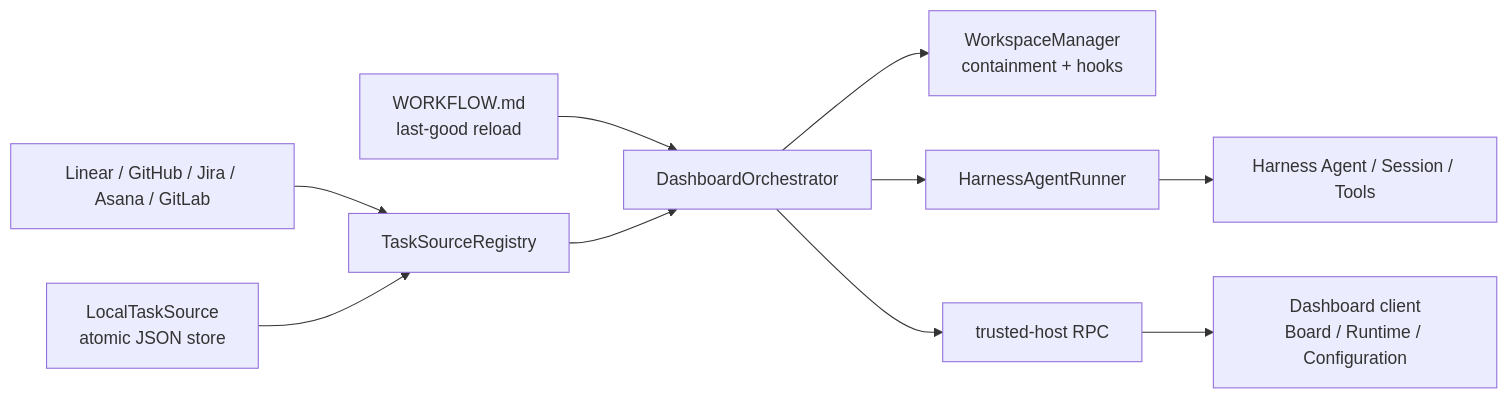
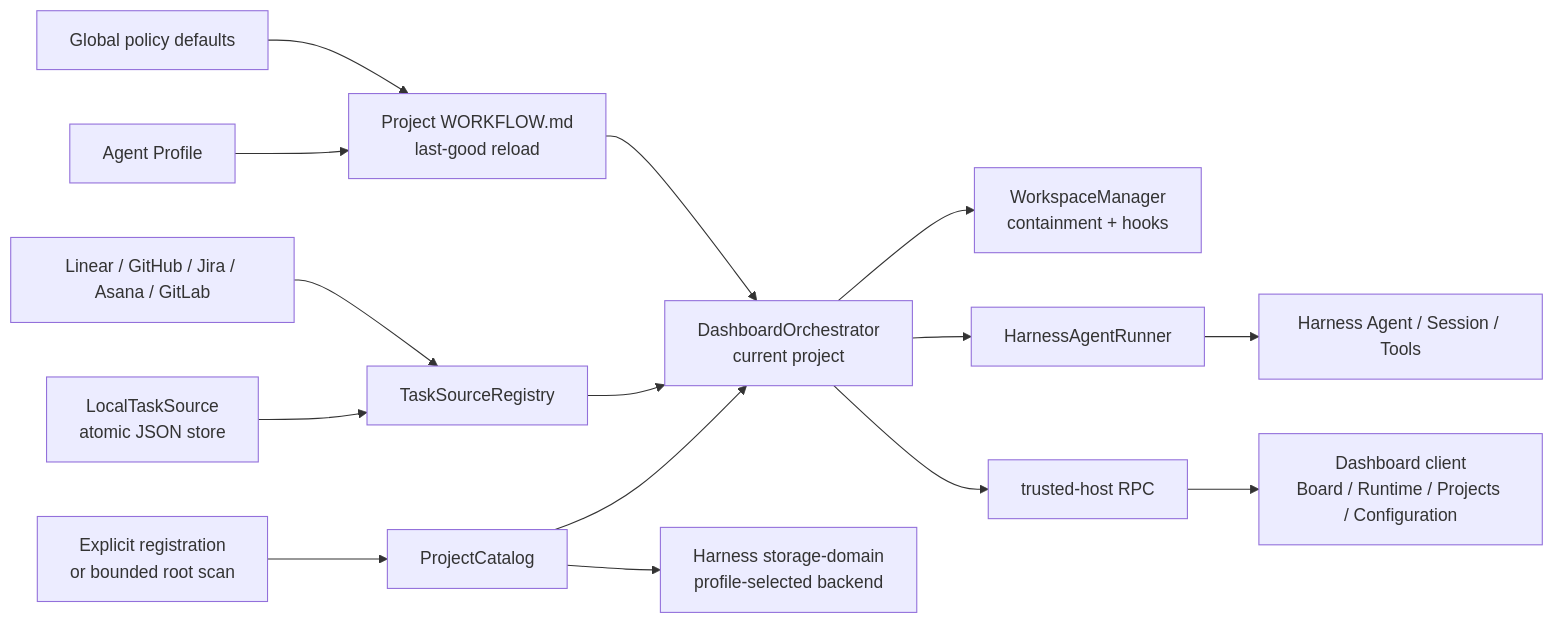
The diagram in docs/architecture.md (Uddoo/dsh-dashboard), drawn with Mermaid before and after one commit. The commit also changed other lines of this file and 45 other files, not shown here.

Commit message:
Release v0.3.0 project catalog and providers

````diff
--- a/docs/architecture.md
+++ b/docs/architecture.md
@@ -7,12 +7,17 @@
 ```mermaid
 flowchart LR
-  W["WORKFLOW.md\nlast-good reload"] --> O["DashboardOrchestrator"]
+  G["Global policy defaults"] --> W["Project WORKFLOW.md\nlast-good reload"]
+  A0["Agent Profile"] --> W
+  W --> O["DashboardOrchestrator\ncurrent project"]
   R["TaskSourceRegistry"] --> O
   L["Linear / GitHub / Jira / Asana / GitLab"] --> R
   T["LocalTaskSource\natomic JSON store"] --> R
+  X["Explicit registration\nor bounded root scan"] --> C["ProjectCatalog"]
+  C --> Q["Harness storage-domain\nprofile-selected backend"]
+  C --> O
   O --> M["WorkspaceManager\ncontainment + hooks"]
   O --> A["HarnessAgentRunner"]
   A --> H["Harness Agent / Session / Tools"]
   O --> P["trusted-host RPC"]
-  P --> D["Dashboard client\nBoard / Runtime / Configuration"]
+  P --> D["Dashboard client\nBoard / Runtime / Projects / Configuration"]
 ```
````
